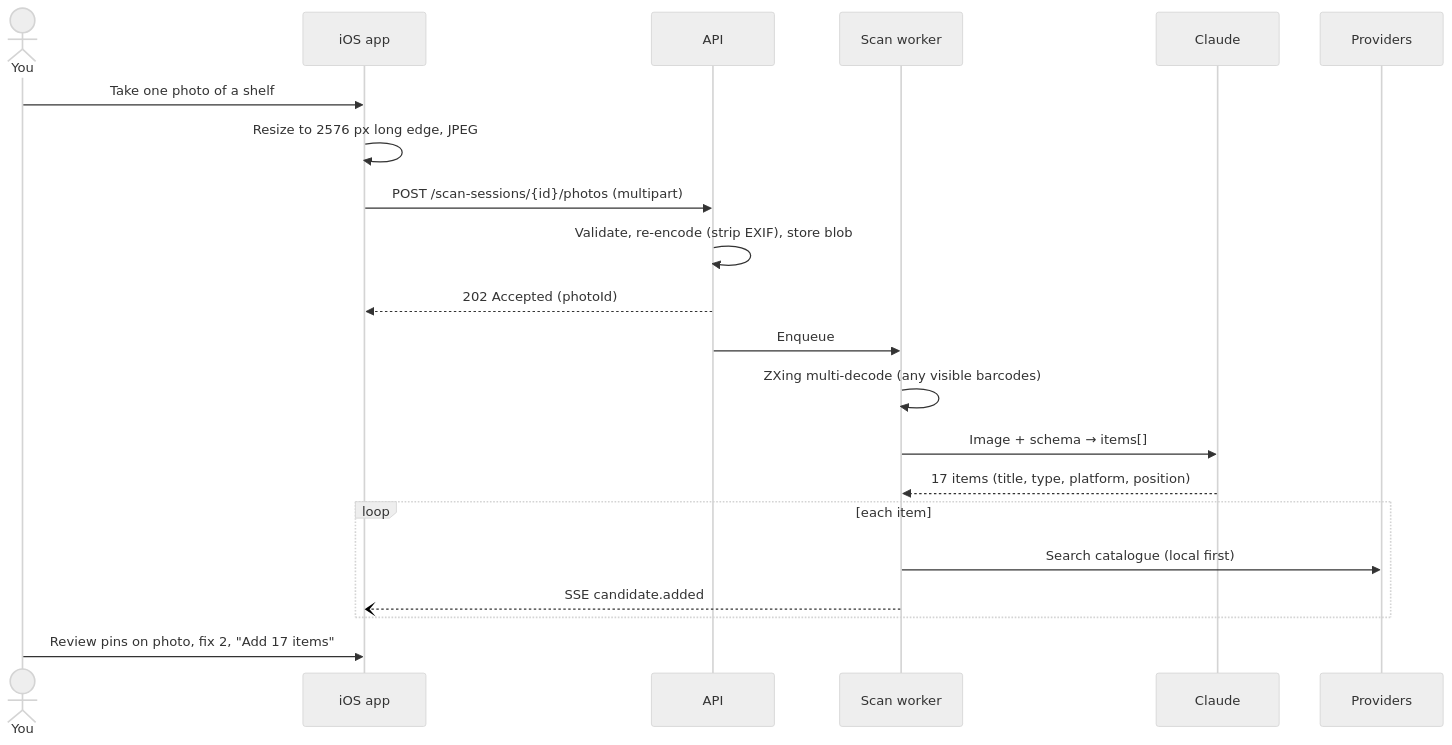
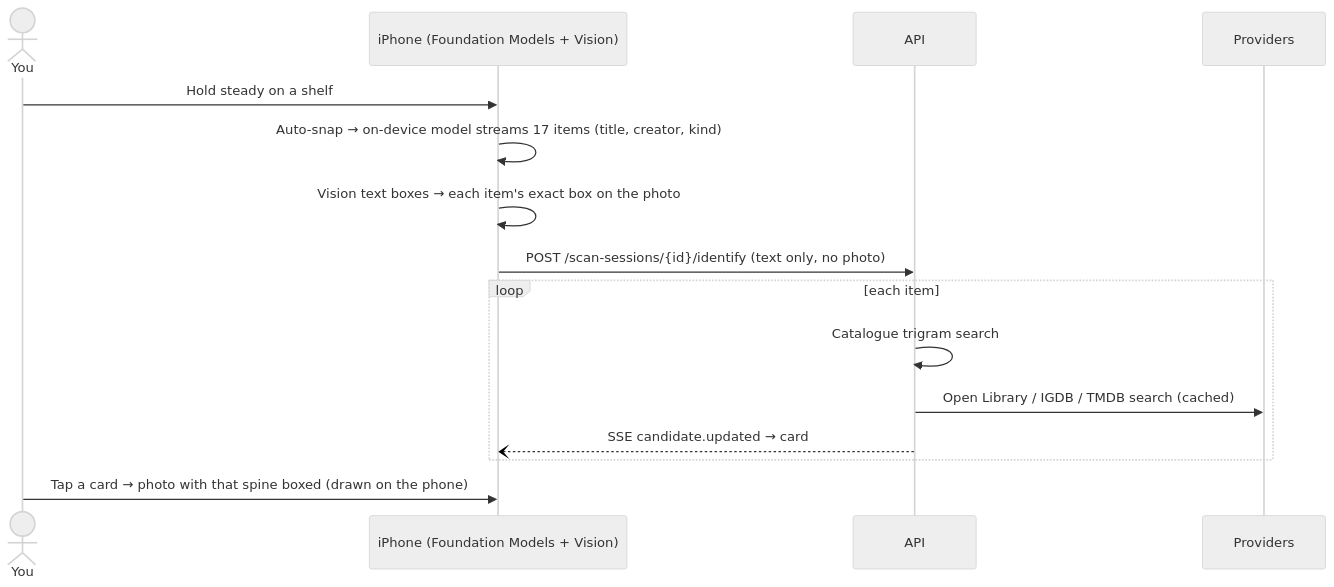
Before and after one commit to coryfinnegan/CollectionMaxxing: the third of 4 diagrams in docs/01-architecture.md, drawn with Mermaid (neutral theme). The commit also changed other lines of this file and 13 other files, not shown here.

````diff
--- a/docs/01-architecture.md
+++ b/docs/01-architecture.md
@@ -155,23 +149,17 @@
 ```mermaid
 sequenceDiagram
   actor U as You
-  participant App as iOS app
+  participant App as iPhone (Foundation Models + Vision)
   participant API as API
-  participant Job as Scan worker
-  participant C as Claude
   participant P as Providers
-  U->>App: Take one photo of a shelf
-  App->>App: Resize to 2576 px long edge, JPEG
-  App->>API: POST /scan-sessions/{id}/photos (multipart)
-  API->>API: Validate, re-encode (strip EXIF), store blob
-  API-->>App: 202 Accepted (photoId)
-  API->>Job: Enqueue
-  Job->>Job: ZXing multi-decode (any visible barcodes)
-  Job->>C: Image + schema → items[]
-  C-->>Job: 17 items (title, type, platform, position)
+  U->>App: Hold steady on a shelf
+  App->>App: Auto-snap → on-device model streams 17 items (title, creator, kind)
+  App->>App: Vision text boxes → each item's exact box on the photo
+  App->>API: POST /scan-sessions/{id}/identify (text only, no photo)
   loop each item
-    Job->>P: Search catalogue (local first)
-    Job--)App: SSE candidate.added
+    API->>API: Catalogue trigram search
+    API->>P: Open Library / IGDB / TMDB search (cached)
+    API--)App: SSE candidate.updated → card
   end
-  U->>App: Review pins on photo, fix 2, "Add 17 items"
+  U->>App: Tap a card → photo with that spine boxed (drawn on the phone)
 ```
````
